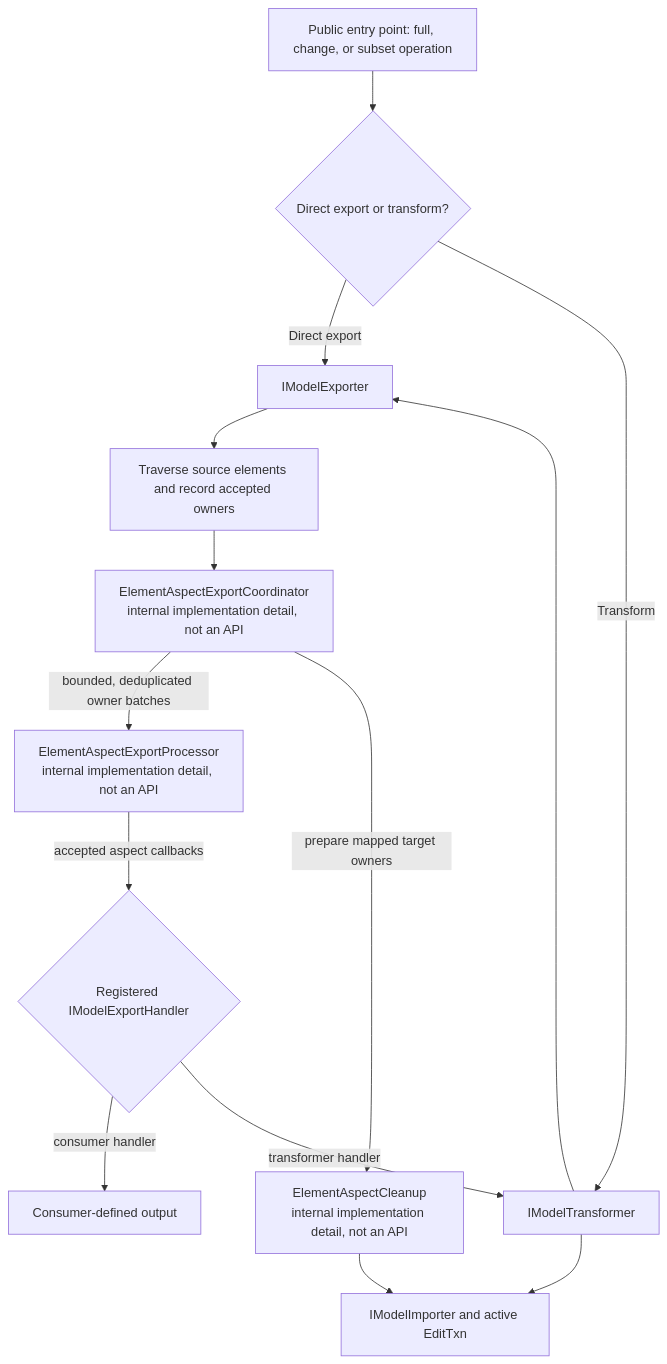
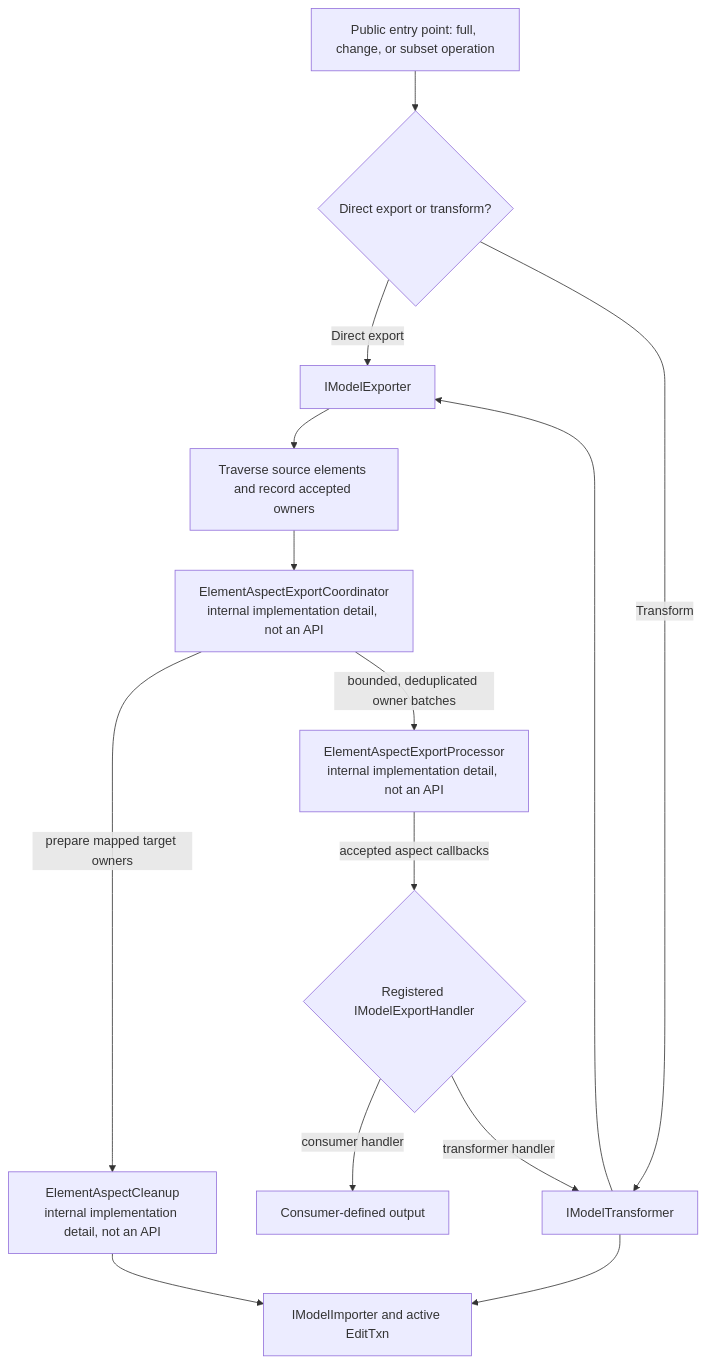
The first of 2 diagrams in docs/learning/transformer/element-aspect-processing.md (iTwin/imodel-transformer), drawn with Mermaid before and after one commit. The commit also changed other lines of this file, not shown here.

Commit message:
Update ElementAspect processing guide

````diff
--- a/docs/learning/transformer/element-aspect-processing.md
+++ b/docs/learning/transformer/element-aspect-processing.md
@@ -13,16 +13,16 @@
 ```mermaid
 flowchart TD
     A["Public entry point: full, change, or subset operation"] --> B{"Direct export or transform?"}
     B -->|"Direct export"| E["IModelExporter"]
     B -->|"Transform"| T["IModelTransformer"]
     T --> E
     E --> C["Traverse source elements and record accepted owners"]
     C --> CO["ElementAspectExportCoordinator<br/>internal implementation detail, not an API"]
+    CO -->|"prepare mapped target owners"| CL["ElementAspectCleanup<br/>internal implementation detail, not an API"]
+    CL --> I["IModelImporter and active EditTxn"]
     CO -->|"bounded, deduplicated owner batches"| P["ElementAspectExportProcessor<br/>internal implementation detail, not an API"]
     P -->|"accepted aspect callbacks"| H{"Registered IModelExportHandler"}
     H -->|"consumer handler"| U["Consumer-defined output"]
     H -->|"transformer handler"| T
-    CO -->|"prepare mapped target owners"| CL["ElementAspectCleanup<br/>internal implementation detail, not an API"]
-    CL --> I["IModelImporter and active EditTxn"]
     T --> I
 ```
````
